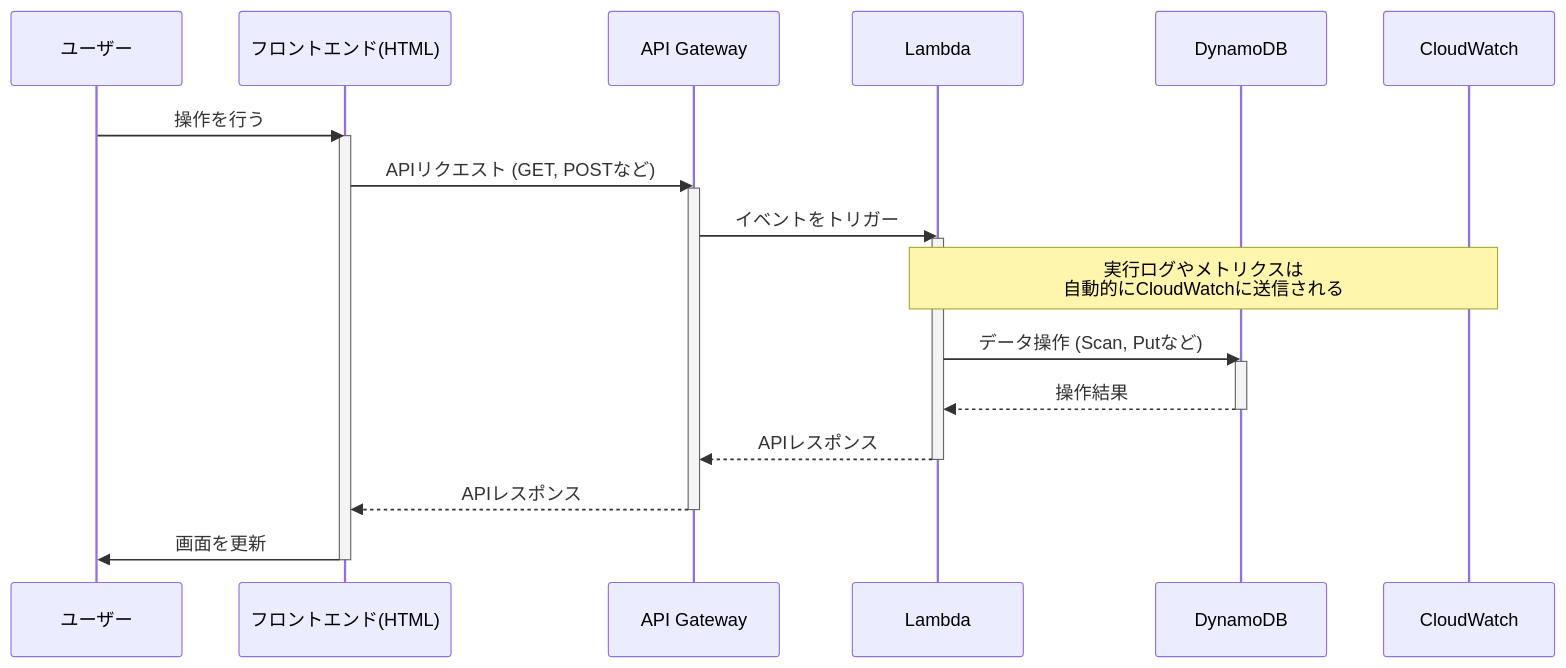
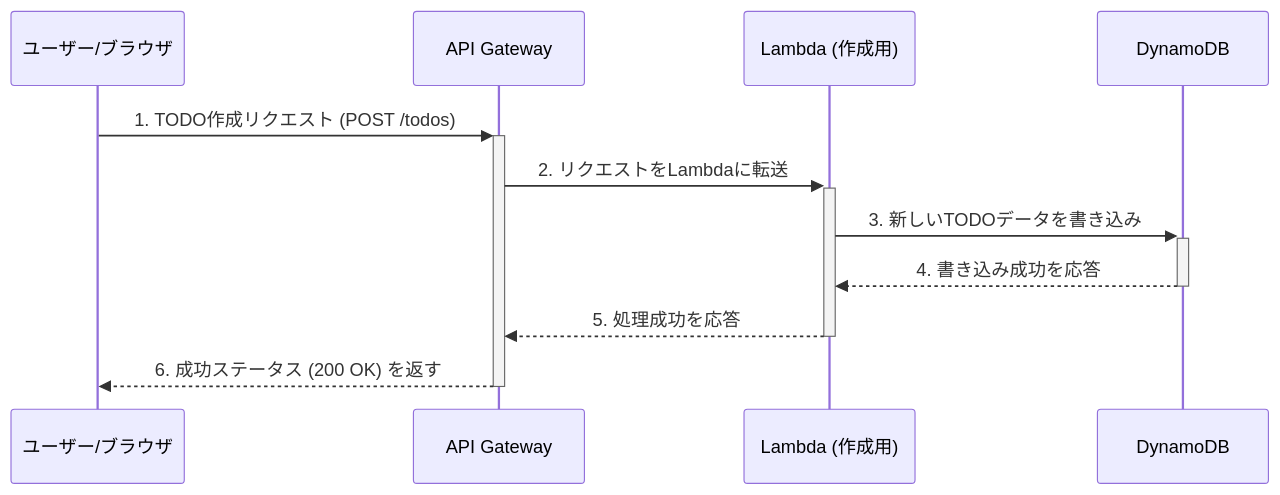
The second of 2 diagrams in README.md (andsaki/cdk-study), drawn with Mermaid before and after one commit. The commit also changed other lines of this file and 1 other file, not shown here.

First line of the commit message:
feat: Add CloudFront static site hosting

````diff
--- a/README.md
+++ b/README.md
@@ -17,29 +45,14 @@
 ```mermaid
 sequenceDiagram
-    participant User as ユーザー
-    participant Frontend as フロントエンド(HTML)
+    participant ユーザー/ブラウザ
     participant API Gateway
-    participant Lambda
+    participant Lambda (作成用)
     participant DynamoDB
-    participant CloudWatch
 
-    User->>Frontend: 操作を行う
-    activate Frontend
-    Frontend->>API Gateway: APIリクエスト (GET, POSTなど)
-    activate API Gateway
-    API Gateway->>Lambda: イベントをトリガー
-    activate Lambda
-
-    note over Lambda, CloudWatch: 実行ログやメトリクスは<br/>自動的にCloudWatchに送信される
-
-    Lambda->>DynamoDB: データ操作 (Scan, Putなど)
-    activate DynamoDB
-    DynamoDB-->>Lambda: 操作結果
-    deactivate DynamoDB
-    Lambda-->>API Gateway: APIレスポンス
-    deactivate Lambda
-    API Gateway-->>Frontend: APIレスポンス
-    deactivate API Gateway
-    Frontend->>User: 画面を更新
-    deactivate Frontend
+    ユーザー/ブラウザ->>+API Gateway: 1. TODO作成リクエスト (POST /todos)
+    API Gateway->>+Lambda (作成用): 2. リクエストをLambdaに転送
+    Lambda (作成用)->>+DynamoDB: 3. 新しいTODOデータを書き込み
+    DynamoDB-->>-Lambda (作成用): 4. 書き込み成功を応答
+    Lambda (作成用)-->>-API Gateway: 5. 処理成功を応答
+    API Gateway-->>-ユーザー/ブラウザ: 6. 成功ステータス (200 OK) を返す
 ```
````
